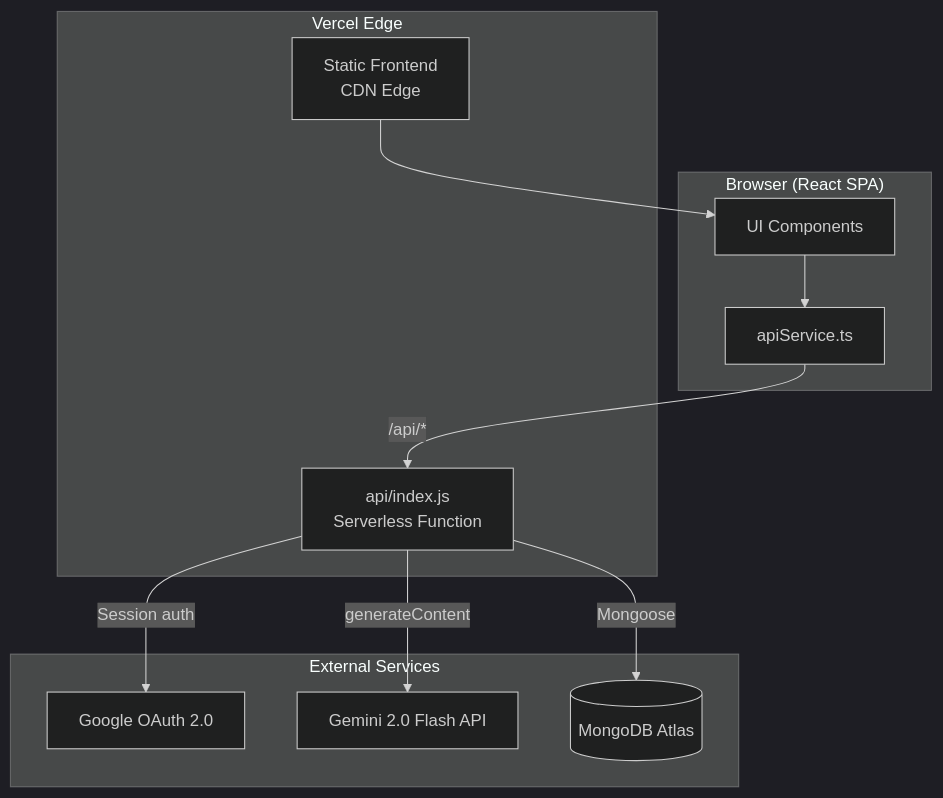
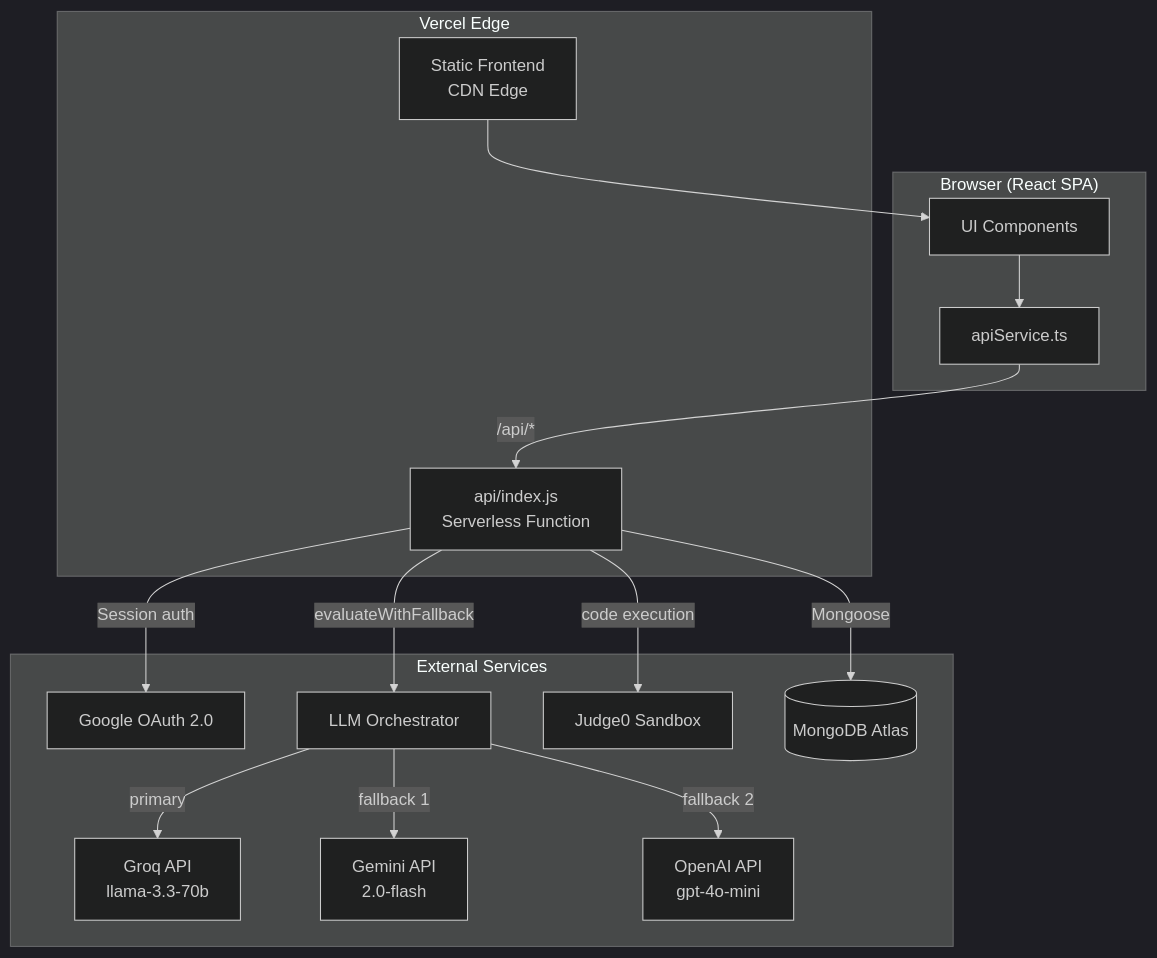
The diagram in README.md (Oratias07/CHAM-Agent), drawn with Mermaid (dark theme) before and after one commit. The commit also changed other lines of this file and 24 other files, not shown here.

````diff
--- a/README.md
+++ b/README.md
@@ -88,25 +92,33 @@
 ```mermaid
 graph TD
     subgraph Client ["Browser (React SPA)"]
         UI[UI Components]
         API_SVC[apiService.ts]
     end
 
     subgraph Vercel ["Vercel Edge"]
         STATIC[Static Frontend\nCDN Edge]
         FN[api/index.js\nServerless Function]
     end
 
     subgraph External ["External Services"]
         GOOGLE_OAUTH[Google OAuth 2.0]
-        GEMINI[Gemini 2.0 Flash API]
+        ORCH[LLM Orchestrator]
+        GROQ[Groq API\nllama-3.3-70b]
+        GEMINI[Gemini API\n2.0-flash]
+        OPENAI[OpenAI API\ngpt-4o-mini]
+        JUDGE0[Judge0 Sandbox]
         MONGO[(MongoDB Atlas)]
     end
 
     UI --> API_SVC
     API_SVC -->|/api/*| FN
     FN -->|Session auth| GOOGLE_OAUTH
-    FN -->|generateContent| GEMINI
+    FN -->|evaluateWithFallback| ORCH
+    ORCH -->|primary| GROQ
+    ORCH -->|fallback 1| GEMINI
+    ORCH -->|fallback 2| OPENAI
+    FN -->|code execution| JUDGE0
     FN -->|Mongoose| MONGO
     STATIC --> UI
 ```
````
